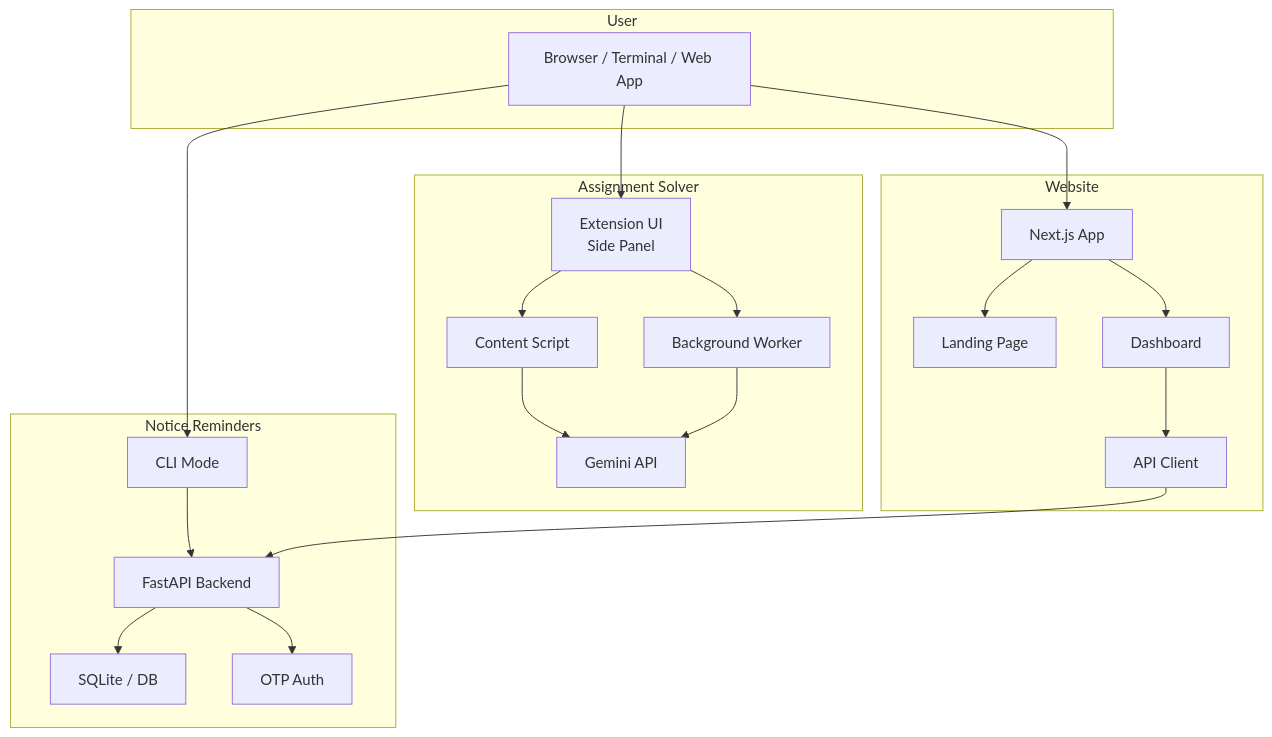
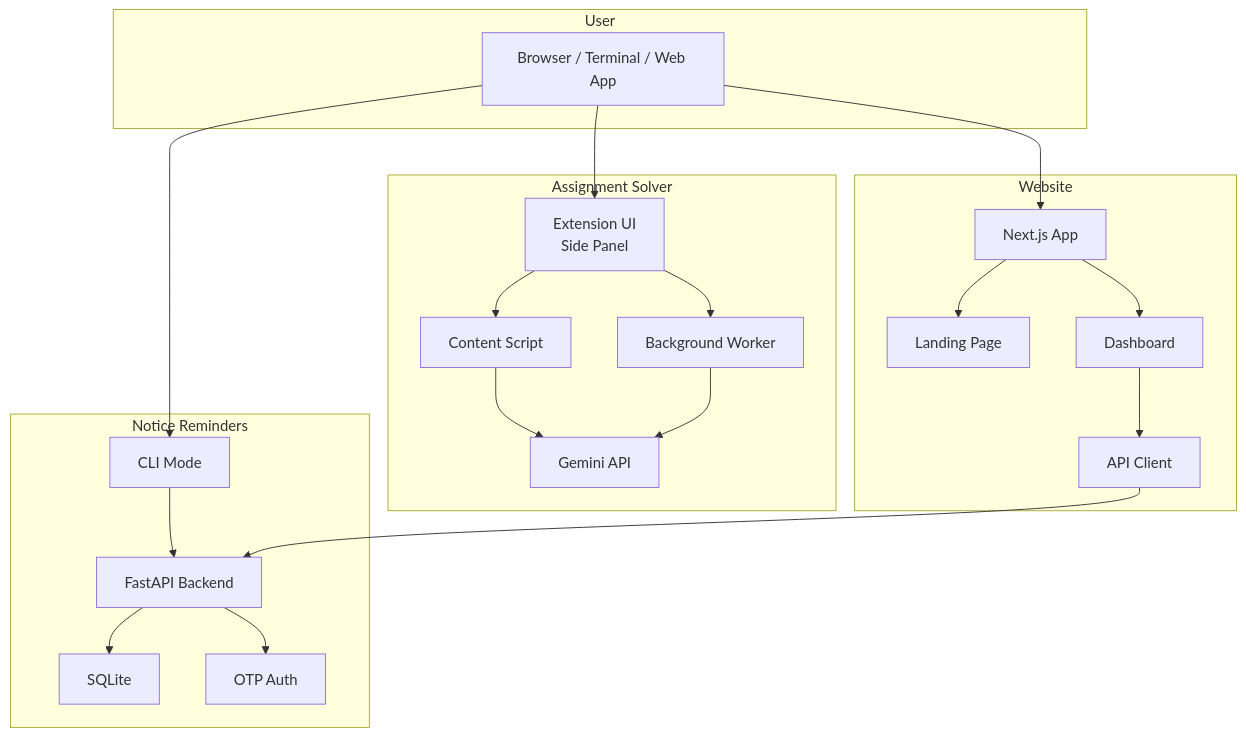
One commit to tashifkhan/tashif.codes changed the second of 6 diagrams in src/data/docs/mooc-utils/Getting Started.md. Above: the diagram before and after it, drawn with Mermaid. The commit also changed other lines of this file and 2128 other files, not shown here.

First line of the commit message:
docs: replace raster diagram images with native Mermaid across project guides

````diff
--- a/src/data/docs/mooc-utils/Getting Started.md
+++ b/src/data/docs/mooc-utils/Getting Started.md
@@ -59,38 +69,38 @@
 ```mermaid
 graph TB
 subgraph "User"
 U["Browser / Terminal / Web App"]
 end
 subgraph "Assignment Solver"
 EXT["Extension UI<br/>Side Panel"]
 BG["Background Worker"]
 CS["Content Script"]
 GEM["Gemini API"]
 end
 subgraph "Notice Reminders"
 CLI["CLI Mode"]
 API["FastAPI Backend"]
-DB["SQLite / DB"]
+DB["SQLite"]
 AUTH["OTP Auth"]
 end
 subgraph "Website"
 LANDING["Landing Page"]
 DASH["Dashboard"]
 NEXT["Next.js App"]
-AXIOS["API Client"]
+CLIENT["API Client"]
 end
 U --> EXT
 EXT --> BG
 EXT --> CS
 CS --> GEM
 BG --> GEM
 U --> CLI
 CLI --> API
 API --> DB
 API --> AUTH
 U --> NEXT
 NEXT --> DASH
 NEXT --> LANDING
-DASH --> AXIOS
-AXIOS --> API
+DASH --> CLIENT
+CLIENT --> API
 ```
````
